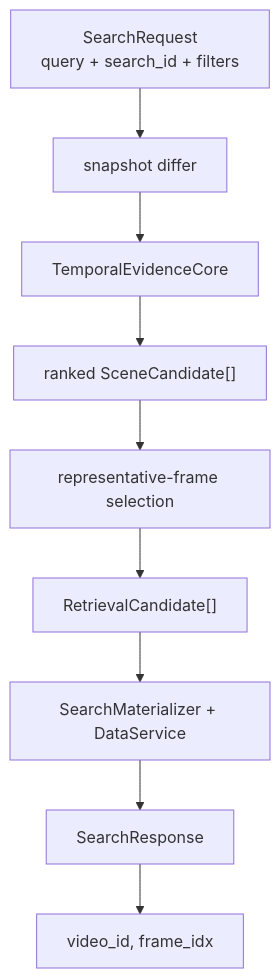
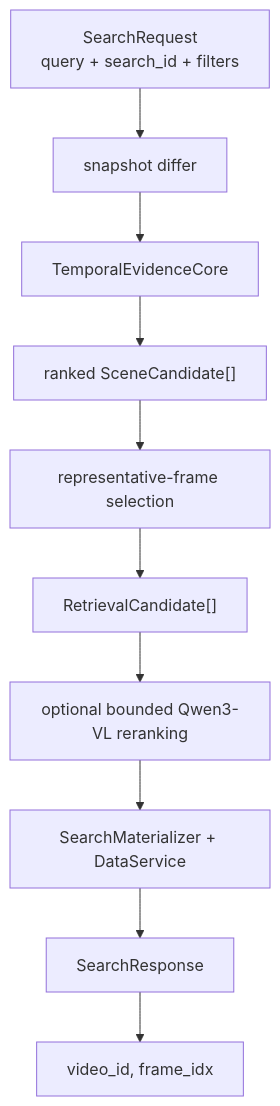
Before and after one commit to khang1108/MLeCDanBGold: the seventh of 12 diagrams in src/hcmai/README.md, drawn with Mermaid. The commit also changed other lines of this file and 68 other files, not shown here.

````diff
--- a/src/hcmai/README.md
+++ b/src/hcmai/README.md
@@ -490,12 +490,13 @@
 ```mermaid
 flowchart TB
     REQ["SearchRequest<br/>query + search_id + filters"]
     REQ --> DIFF["snapshot differ"]
     DIFF --> CORE["TemporalEvidenceCore"]
     CORE --> SCENES["ranked SceneCandidate[]"]
     SCENES --> SELECT["representative-frame selection"]
     SELECT --> CAND["RetrievalCandidate[]"]
-    CAND --> MATERIALIZE["SearchMaterializer + DataService"]
+    CAND --> RERANK["optional bounded Qwen3-VL reranking"]
+    RERANK --> MATERIALIZE["SearchMaterializer + DataService"]
     MATERIALIZE --> RESPONSE["SearchResponse"]
     RESPONSE --> ROW["video_id, frame_idx"]
 ```
````
